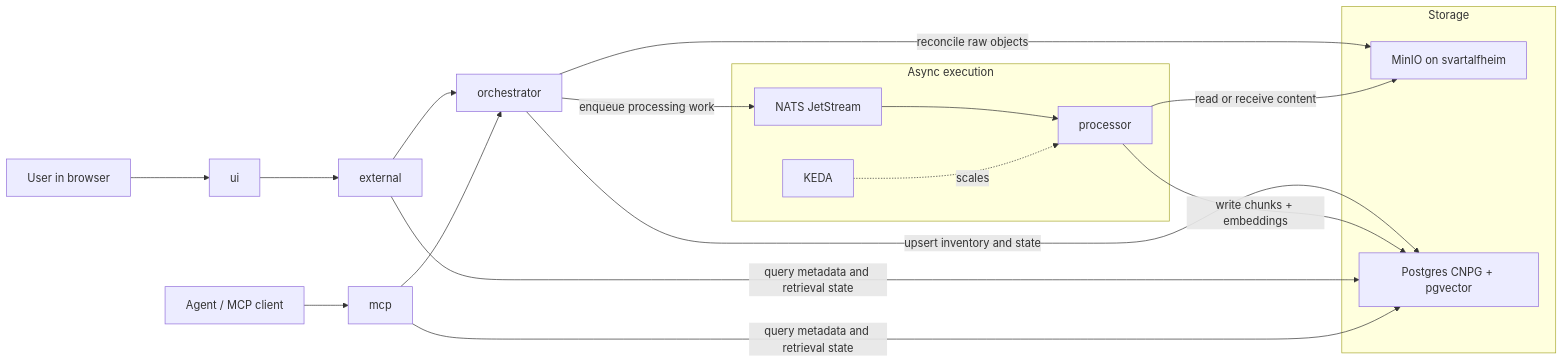
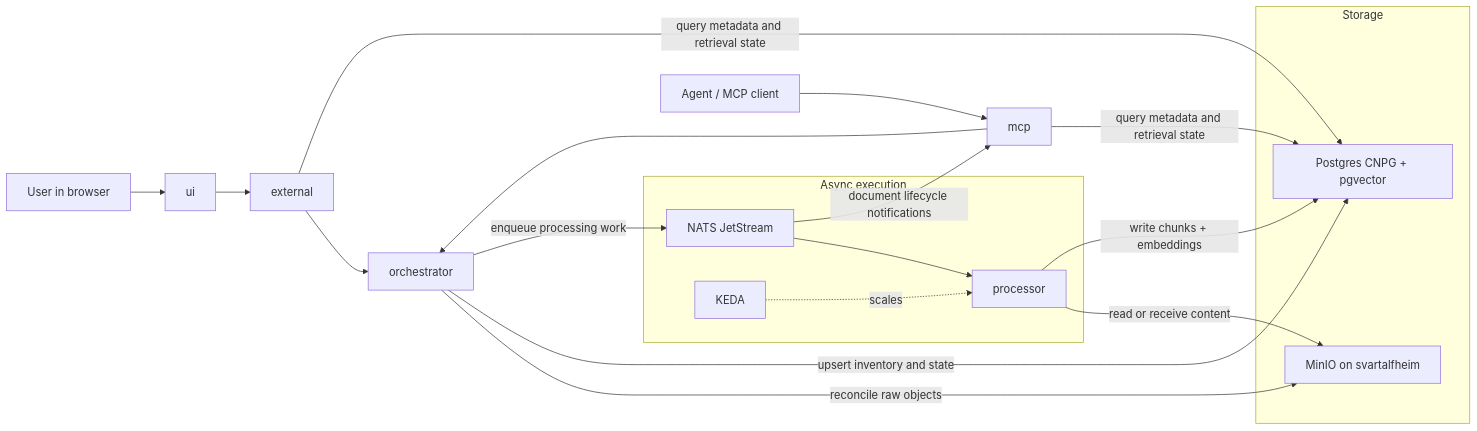
Before and after one commit to labiraus/homelab: the diagram in docs/RAG.md, drawn with Mermaid. The commit also changed other lines of this file and 26 other files, not shown here.

````diff
--- a/docs/RAG.md
+++ b/docs/RAG.md
@@ -15,31 +16,32 @@
 ```mermaid
 flowchart LR
   U[User in browser] --> UI[ui]
   UI --> EXT[external]
   A[Agent / MCP client] --> MCP[mcp]
 
   EXT --> ORCH[orchestrator]
   MCP --> ORCH
 
   subgraph Storage
     MINIO[MinIO on svartalfheim]
     PG[Postgres CNPG + pgvector]
   end
 
   subgraph Async execution
     NATS[NATS JetStream]
     PROC[processor]
     KEDA[KEDA]
   end
 
   ORCH -->|reconcile raw objects| MINIO
   ORCH -->|upsert inventory and state| PG
   ORCH -->|enqueue processing work| NATS
   NATS --> PROC
+  NATS -->|document lifecycle notifications| MCP
   KEDA -. scales .-> PROC
   PROC -->|read or receive content| MINIO
   PROC -->|write chunks + embeddings| PG
 
   EXT -->|query metadata and retrieval state| PG
   MCP -->|query metadata and retrieval state| PG
 ```
````
